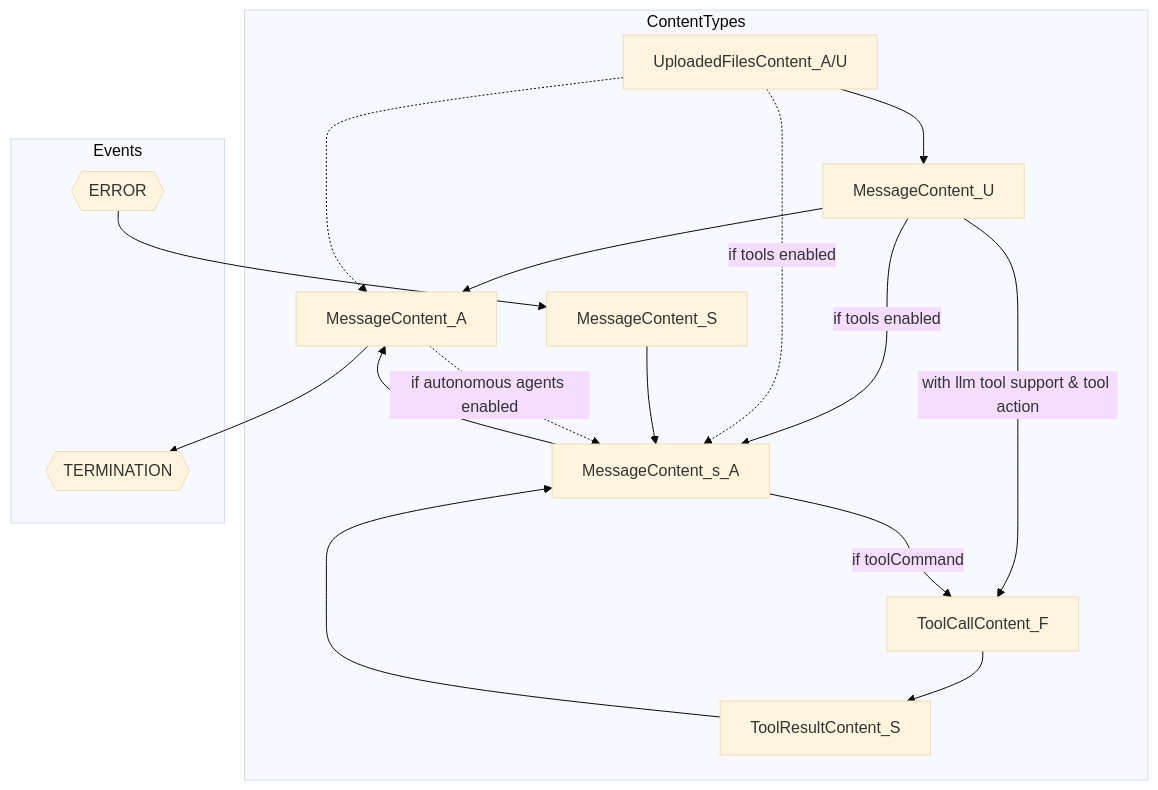
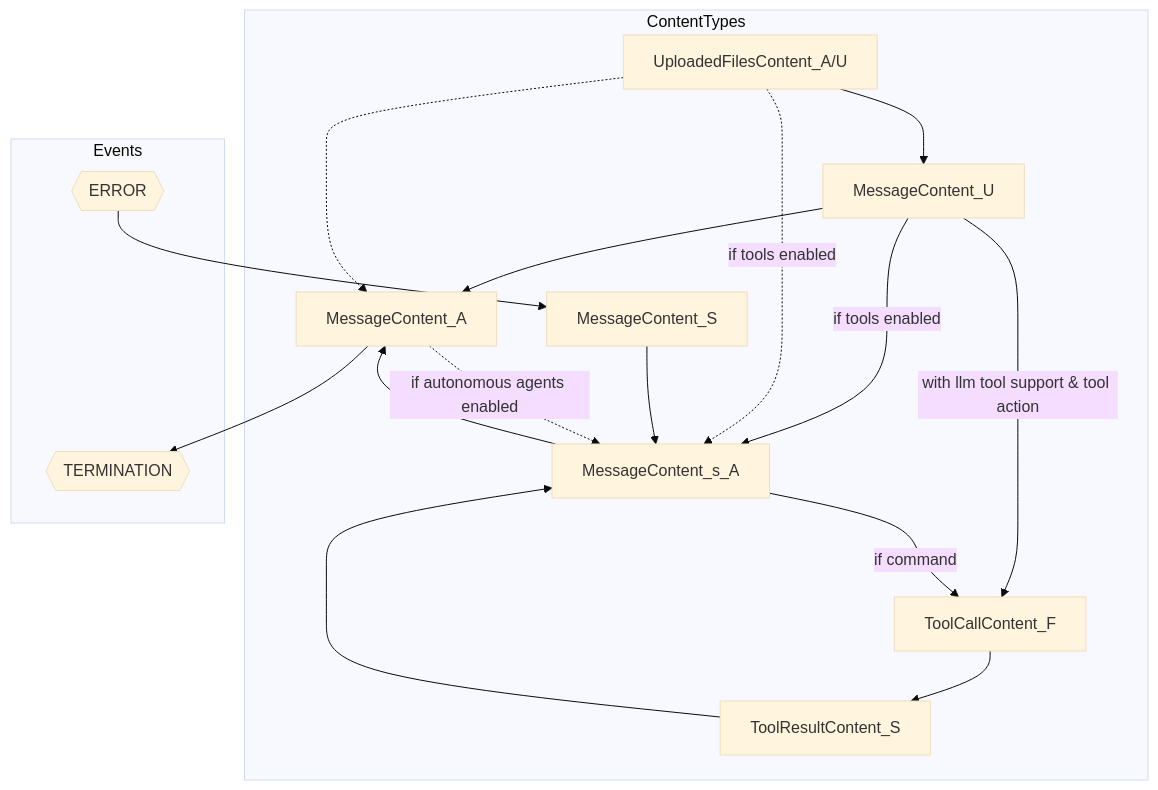
The diagram in public/docs/conversations/taskyon_description.md (Xyntopia/taskyon), drawn with Mermaid (base theme) before and after one commit.

Commit message:
update graph :)

````diff
--- a/public/docs/conversations/taskyon_description.md
+++ b/public/docs/conversations/taskyon_description.md
@@ -58,32 +58,32 @@
 ```mermaid
 flowchart TD
     subgraph ContentTypes
         MessageContent_A[MessageContent_A]
         MessageContent_U[MessageContent_U]
         MessageContent_S[MessageContent_S]
         MessageContent_s_A[MessageContent_s_A]
         ToolCallContent[ToolCallContent_F]
         ToolResultContent_F[ToolResultContent_S]
         UploadedFilesContent[UploadedFilesContent_A/U]
     end
 
     subgraph Events
         TERMINATION{{TERMINATION}}
         ERROR{{ERROR}}
     end
 
     MessageContent_A --> TERMINATION
     MessageContent_U -- if tools enabled--> MessageContent_s_A
     MessageContent_U -- with llm tool support & tool action--> ToolCallContent
     MessageContent_U --> MessageContent_A
     MessageContent_s_A --> MessageContent_A
-    MessageContent_s_A --if toolCommand--> ToolCallContent
+    MessageContent_s_A --if command--> ToolCallContent
     ToolCallContent --> ToolResultContent_F
     UploadedFilesContent --> MessageContent_U
     UploadedFilesContent -.-> MessageContent_A
     UploadedFilesContent -.if tools enabled.-> MessageContent_s_A
     ToolResultContent_F --> MessageContent_s_A
     ERROR --> MessageContent_S
     MessageContent_S --> MessageContent_s_A
     MessageContent_A -. if autonomous agents enabled .-> MessageContent_s_A
 ```
````
